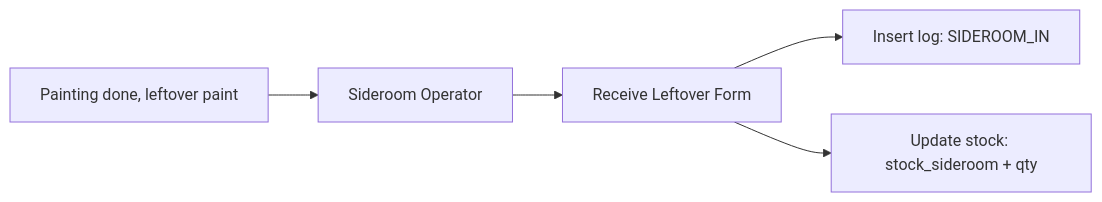
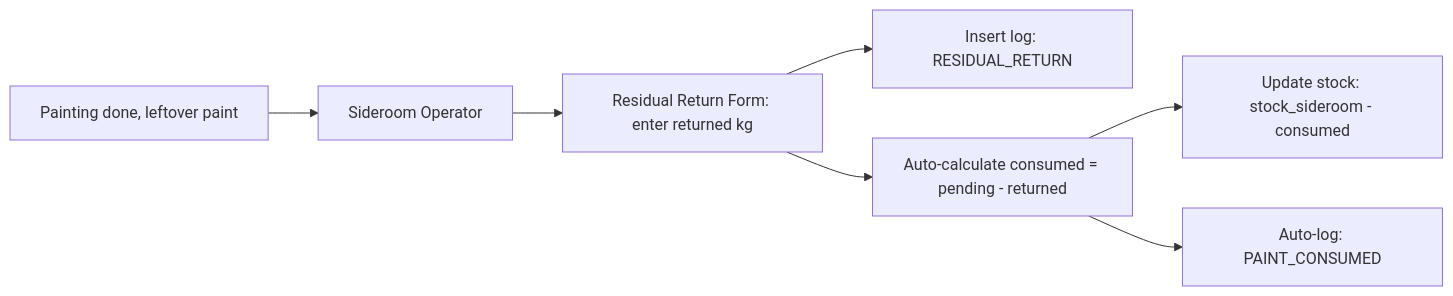
The fourth of 5 diagrams in docs/ARCHITECTURE.md (itsankeikid-dot/PaintManagementStock), drawn with Mermaid before and after one commit. The commit also changed other lines of this file and 43 other files, not shown here.

````diff
--- a/docs/ARCHITECTURE.md
+++ b/docs/ARCHITECTURE.md
@@ -86,7 +95,9 @@
 ```mermaid
 graph LR
     A[Painting done, leftover paint] --> B[Sideroom Operator]
-    B --> C[Receive Leftover Form]
-    C --> D[Insert log: SIDEROOM_IN]
-    C --> E[Update stock: stock_sideroom + qty]
+    B --> C[Residual Return Form: enter returned kg]
+    C --> D[Insert log: RESIDUAL_RETURN]
+    C --> J[Auto-calculate consumed = pending - returned]
+    J --> E[Update stock: stock_sideroom - consumed]
+    J --> K[Auto-log: PAINT_CONSUMED]
 ```
````
